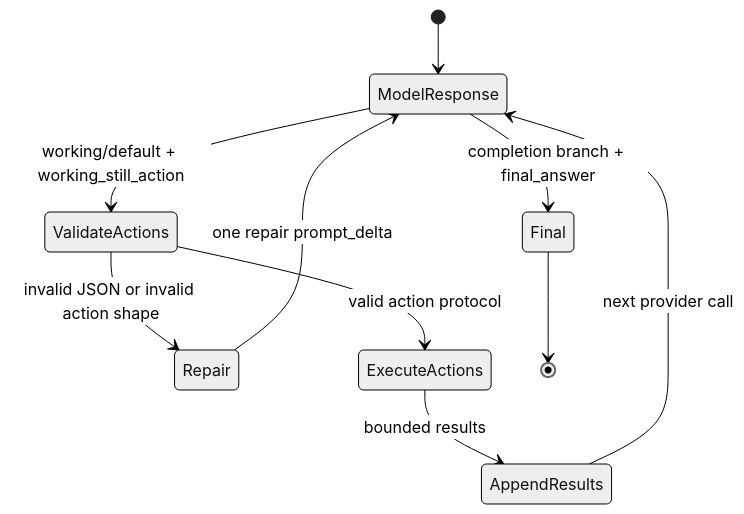
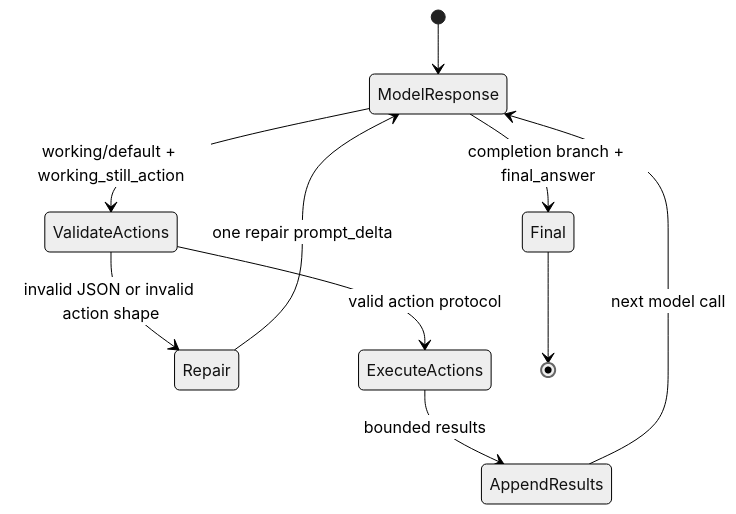
One commit to moliam/TimemAi changed the third of 4 diagrams in docs/architecture.md. Above: the diagram before and after it, drawn with Mermaid (neutral theme). The commit also changed other lines of this file and 28 other files, not shown here.

````diff
--- a/docs/architecture.md
+++ b/docs/architecture.md
@@ -974,12 +1050,12 @@
 ```mermaid
 stateDiagram-v2
     [*] --> ModelResponse
     ModelResponse --> Final: completion branch + final_answer
     ModelResponse --> ValidateActions: working/default + working_still_action
     ValidateActions --> Repair: invalid JSON or invalid action shape
     Repair --> ModelResponse: one repair prompt_delta
     ValidateActions --> ExecuteActions: valid action protocol
     ExecuteActions --> AppendResults: bounded results
-    AppendResults --> ModelResponse: next provider call
+    AppendResults --> ModelResponse: next model call
     Final --> [*]
 ```
````
